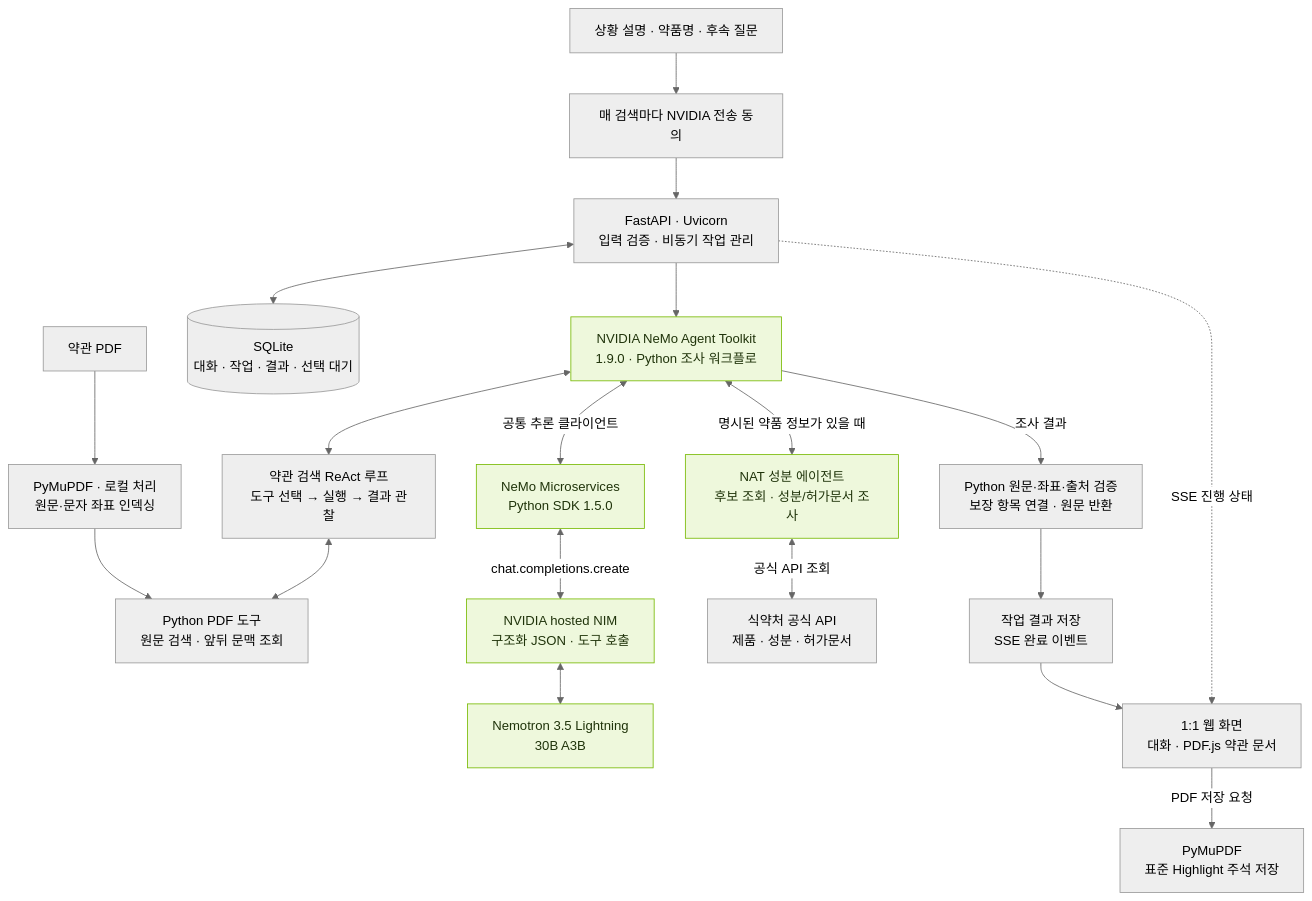
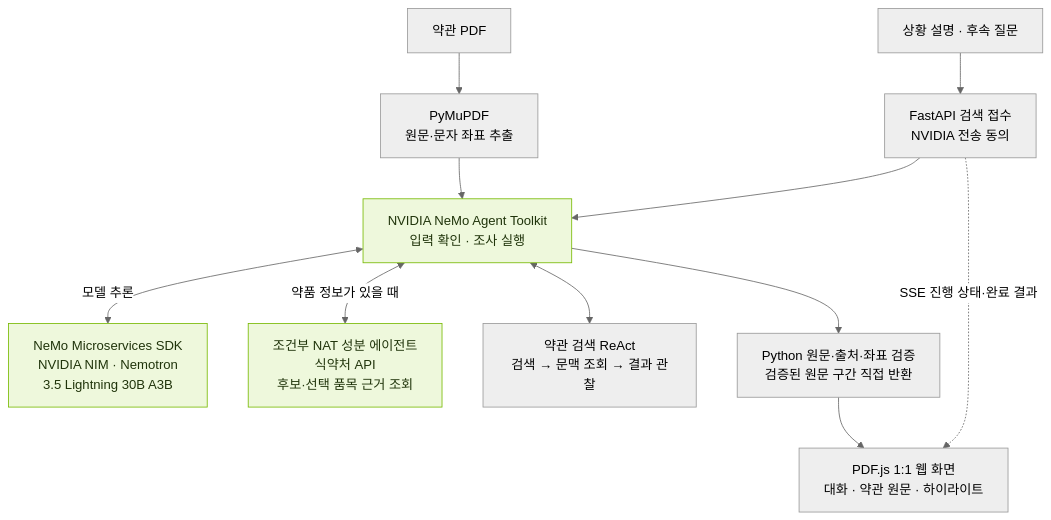
One commit to tongnamuu/concrete-insure changed the diagram in README.md. Above: the diagram before and after it, drawn with Mermaid (neutral theme). The commit also changed other lines of this file and 4 other files, not shown here.

Commit message:
Focus README on user flow and core technology

````diff
--- a/README.md
+++ b/README.md
@@ -11,26 +26,16 @@
 ```mermaid
 flowchart TB
-    DOC["약관 PDF"] --> INDEX["PyMuPDF · 로컬 처리<br/>원문·문자 좌표 인덱싱"]
-    INDEX --> PDFTOOLS["Python PDF 도구<br/>원문 검색 · 앞뒤 문맥 조회"]
-    INPUT["상황 설명 · 약품명 · 후속 질문"] --> CONSENT["매 검색마다 NVIDIA 전송 동의"]
-    CONSENT --> API["FastAPI · Uvicorn<br/>입력 검증 · 비동기 작업 관리"]
-    API <--> DB[("SQLite<br/>대화 · 작업 · 결과 · 선택 대기")]
-    API --> NAT["NVIDIA NeMo Agent Toolkit<br/>1.9.0 · Python 조사 워크플로"]
-
-    NAT <-->|공통 추론 클라이언트| SDK["NeMo Microservices<br/>Python SDK 1.5.0"]
-    SDK <-->|chat.completions.create| NIM["NVIDIA hosted NIM<br/>구조화 JSON · 도구 호출"]
-    NIM <--> MODEL["Nemotron 3.5 Lightning<br/>30B A3B"]
-    NAT <-->|명시된 약품 정보가 있을 때| DRUG["NAT 성분 에이전트<br/>후보 조회 · 성분/허가문서 조사"]
-    DRUG <-->|공식 API 조회| MFDS["식약처 공식 API<br/>제품 · 성분 · 허가문서"]
-    NAT <--> REACT["약관 검색 ReAct 루프<br/>도구 선택 → 실행 → 결과 관찰"]
-    REACT <--> PDFTOOLS
-
-    NAT -->|조사 결과| VERIFY["Python 원문·좌표·출처 검증<br/>보장 항목 연결 · 원문 반환"]
-    VERIFY --> RESULT["작업 결과 저장<br/>SSE 완료 이벤트"]
-    RESULT --> VIEW["1:1 웹 화면<br/>대화 · PDF.js 약관 문서"]
-    API -.->|SSE 진행 상태| VIEW
-    VIEW -->|PDF 저장 요청| EXPORT["PyMuPDF<br/>표준 Highlight 주석 저장"]
+    PDF["약관 PDF"] --> INDEX["PyMuPDF<br/>원문·문자 좌표 추출"]
+    INPUT["상황 설명 · 후속 질문"] --> API["FastAPI 검색 접수<br/>NVIDIA 전송 동의"]
+    API --> NAT["NVIDIA NeMo Agent Toolkit<br/>입력 확인 · 조사 실행"]
+    NAT <-->|모델 추론| MODEL["NeMo Microservices SDK<br/>NVIDIA NIM · Nemotron<br/>3.5 Lightning 30B A3B"]
+    NAT <-->|약품 정보가 있을 때| DRUG["조건부 NAT 성분 에이전트<br/>식약처 API<br/>후보·선택 품목 근거 조회"]
+    NAT <--> SEARCH["약관 검색 ReAct<br/>검색 → 문맥 조회 → 결과 관찰"]
+    INDEX --> NAT
+    NAT --> VERIFY["Python 원문·출처·좌표 검증<br/>검증된 원문 구간 직접 반환"]
+    VERIFY --> VIEW["PDF.js 1:1 웹 화면<br/>대화 · 약관 원문 · 하이라이트"]
+    API -.->|SSE 진행 상태·완료 결과| VIEW
 
     classDef nvidia fill:#eef8dc,stroke:#76b900,color:#20340b
-    class NAT,SDK,NIM,MODEL,DRUG nvidia
+    class NAT,MODEL,DRUG nvidia
 ```
````
